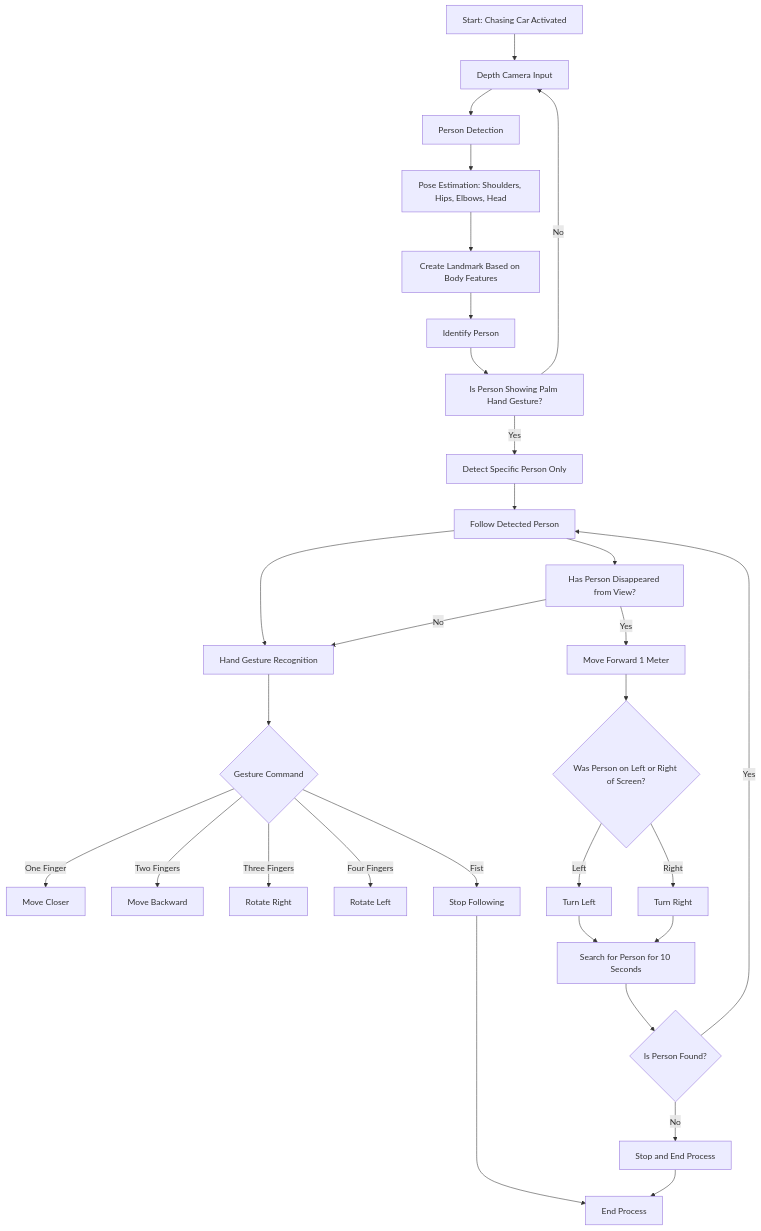
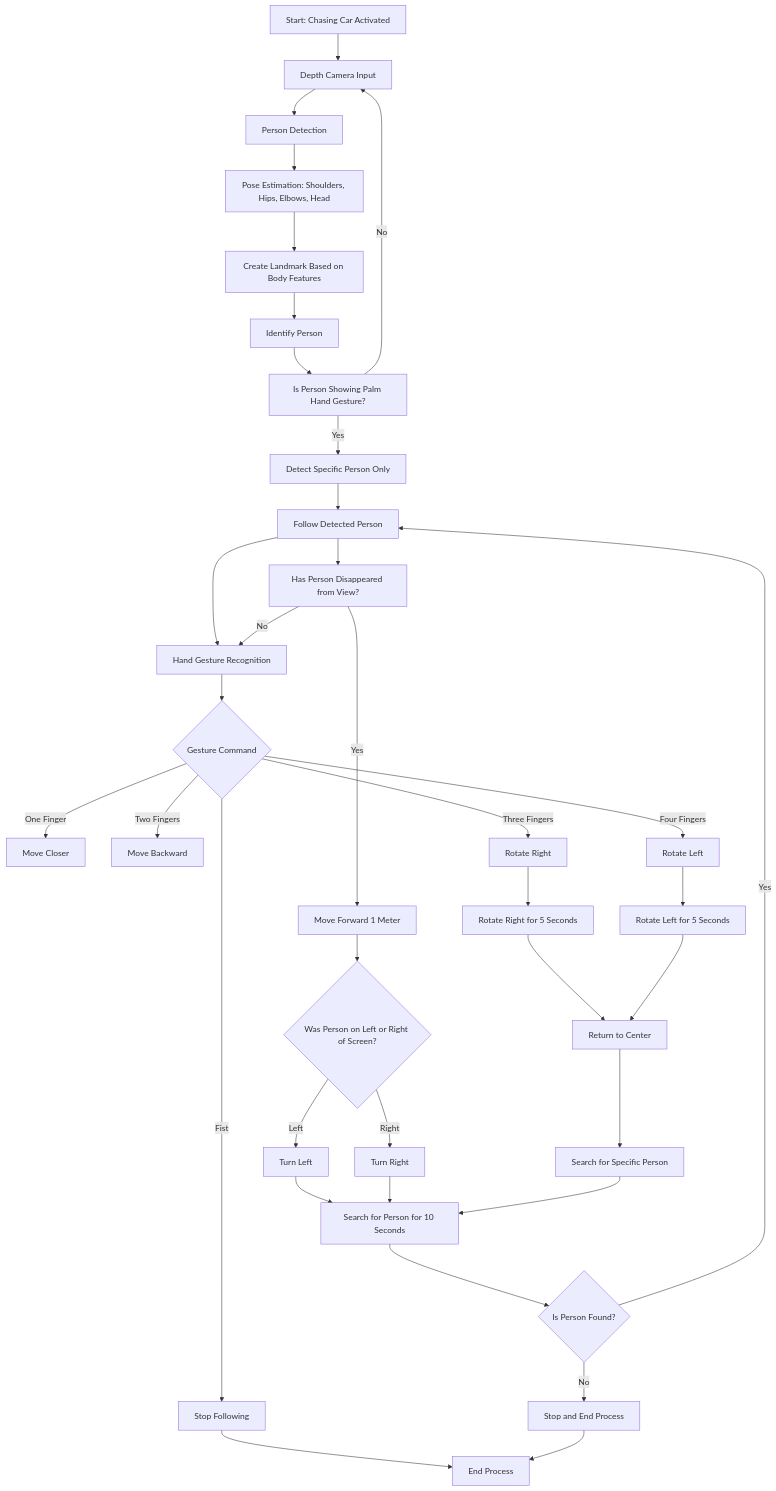
The second of 2 diagrams in README.md (KEG012/openvino-AI-project), drawn with Mermaid before and after one commit.

````diff
--- a/README.md
+++ b/README.md
@@ -34,33 +34,38 @@
 ```mermaid
 flowchart TD
     A[Start: Chasing Car Activated] --> B[Depth Camera Input]
     B --> C[Person Detection]
     C --> D[Pose Estimation: Shoulders, Hips, Elbows, Head]
     D --> E[Create Landmark Based on Body Features]
     E --> F[Identify Person]
     F --> G[Is Person Showing Palm Hand Gesture?]
     G -- Yes --> H[Detect Specific Person Only]
     H --> I[Follow Detected Person]
     G -- No --> B
     I --> J[Hand Gesture Recognition]
     J --> K{Gesture Command}
     K -- One Finger --> L[Move Closer]
     K -- Two Fingers --> M[Move Backward]
     K -- Three Fingers --> N[Rotate Right]
     K -- Four Fingers --> O[Rotate Left]
     K -- Fist --> P[Stop Following]
     P --> End[End Process]
     
     I --> Q[Has Person Disappeared from View?]
     Q -- Yes --> R[Move Forward 1 Meter]
     R --> S{Was Person on Left or Right of Screen?}
     S -- Left --> T[Turn Left]
     S -- Right --> U[Turn Right]
     T --> V[Search for Person for 10 Seconds]
     U --> V[Search for Person for 10 Seconds]
     V --> W{Is Person Found?}
     W -- Yes --> I
     W -- No --> X[Stop and End Process]
     X --> End
     Q -- No --> J
+    
+    N --> Y[Rotate Right for 5 Seconds] --> Z[Return to Center]
+    O --> AA[Rotate Left for 5 Seconds] --> Z[Return to Center]
+    Z --> AB[Search for Specific Person]
+    AB --> V
 ```
````
